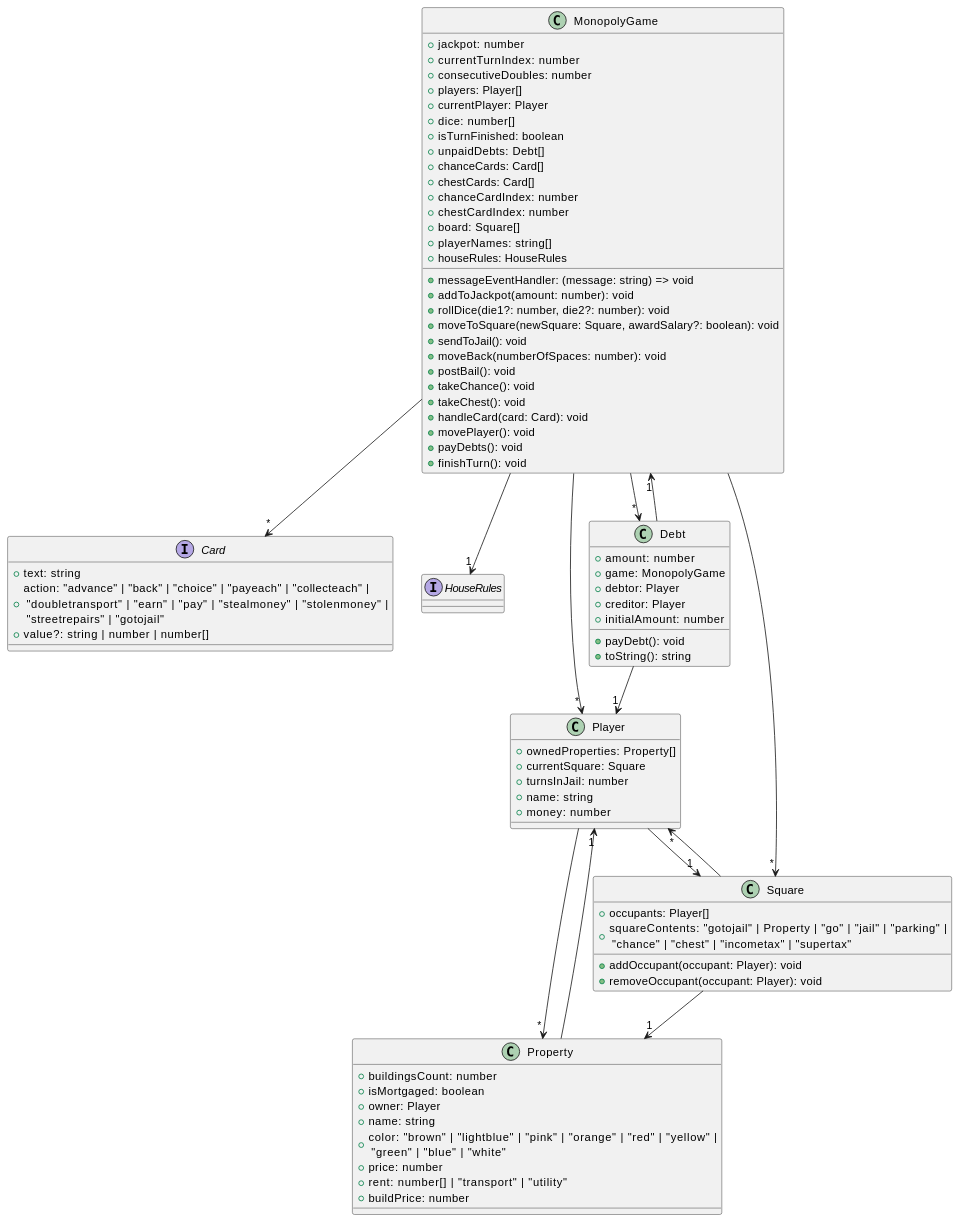
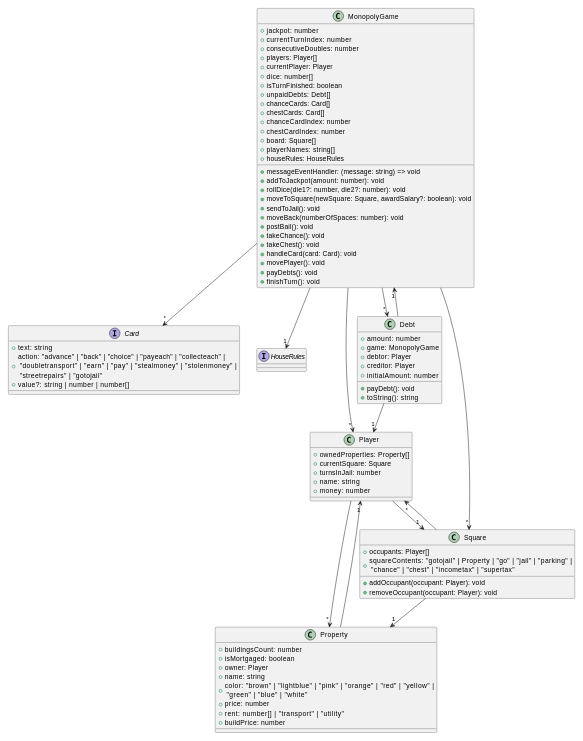
One commit to fuhrmanator/log210-ndc-quarto changed the eighth of 8 diagrams in RDCU.qmd. Above: the diagram before and after it, drawn with PlantUML. The commit also changed other lines of this file, not shown here.

Commit message:
Diagrammes PlantUML moins large (SVG en HTML)

```diff
--- a/RDCU.qmd
+++ b/RDCU.qmd
@@ -437,6 +437,7 @@
 ' tplant --input src/monopoly/**/*.ts --output Emojiopoly.puml -A
 ' (certaines éléments ont été modifiés pour la mise en page)
 'left to right direction
+scale 0.6
 interface Card {
     +text: string
     +action: "advance" | "back" | "choice" | "payeach" | "collecteach" |\n "doubletransport" | "earn" | "pay" | "stealmoney" | "stolenmoney" |\n "streetrepairs" | "gotojail"
```
